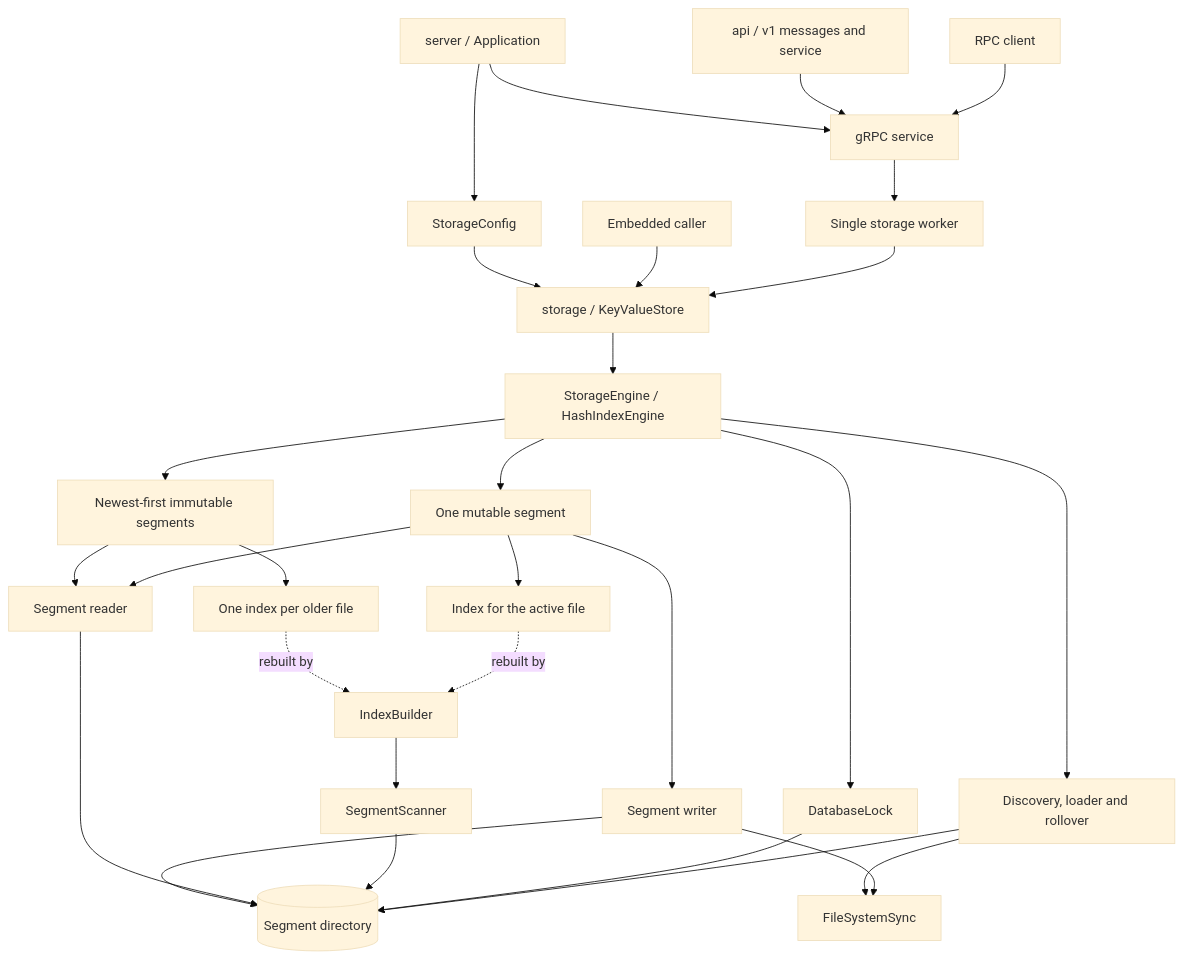
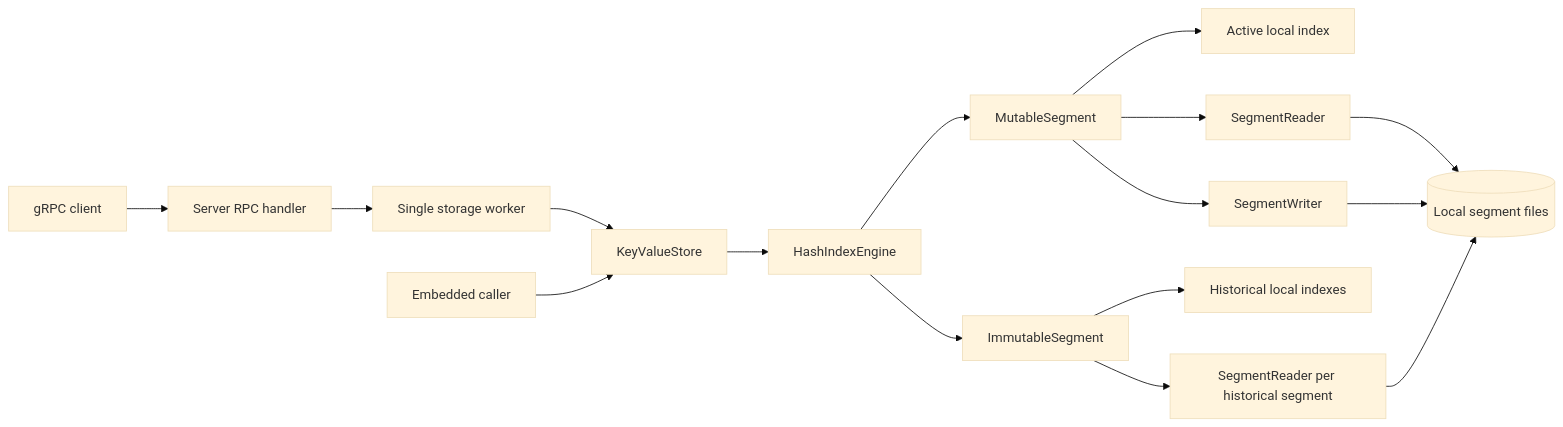
One commit to ryszardzmija/shaledb changed the diagram in docs/architecture.md. Above: the diagram before and after it, drawn with Mermaid (base theme). The commit also changed other lines of this file and 10 other files, not shown here.

````diff
--- a/docs/architecture.md
+++ b/docs/architecture.md
@@ -5,31 +5,18 @@
 ```mermaid
-flowchart TD
-    Client[RPC client] --> Grpc[gRPC service]
-    Proto[api / v1 messages and service] --> Grpc
-    App[server / Application] --> Grpc
-    App --> Config[StorageConfig]
-    Grpc --> Worker[Single storage worker]
-    Worker --> Facade[storage / KeyValueStore]
-    Embedded[Embedded caller] --> Facade
-    Config --> Facade
-    Facade --> Engine[StorageEngine / HashIndexEngine]
-    Engine --> Lock[DatabaseLock]
-    Engine --> Layout[Discovery, loader and rollover]
-    Engine --> Active[One mutable segment]
-    Engine --> Older[Newest-first immutable segments]
-    Layout --> Files[(Segment directory)]
-    Lock --> Files
-    Active --> ActiveIndex[Index for the active file]
-    Older --> OldIndexes[One index per older file]
-    Active --> Reader[Segment reader]
-    Older --> Reader
-    Active --> Writer[Segment writer]
-    ActiveIndex -. rebuilt by .-> Replay[IndexBuilder]
-    OldIndexes -. rebuilt by .-> Replay
-    Replay --> Scan[SegmentScanner]
-    Scan --> Files
-    Reader --> Files
+flowchart LR
+    Client[gRPC client] --> Service[Server RPC handler]
+    Service --> Worker[Single storage worker]
+    Worker --> Store[KeyValueStore]
+    Embedded[Embedded caller] --> Store
+    Store --> Engine[HashIndexEngine]
+    Engine --> Active[MutableSegment]
+    Engine --> History[ImmutableSegment]
+    Active --> ActiveIndex[Active local index]
+    History --> HistoryIndexes[Historical local indexes]
+    Active --> ActiveReader[SegmentReader]
+    History --> HistoryReaders[SegmentReader per historical segment]
+    Active --> Writer[SegmentWriter]
+    ActiveReader --> Files[(Local segment files)]
+    HistoryReaders --> Files
     Writer --> Files
-    Writer --> Force[FileSystemSync]
-    Layout --> Force
 ```
````
